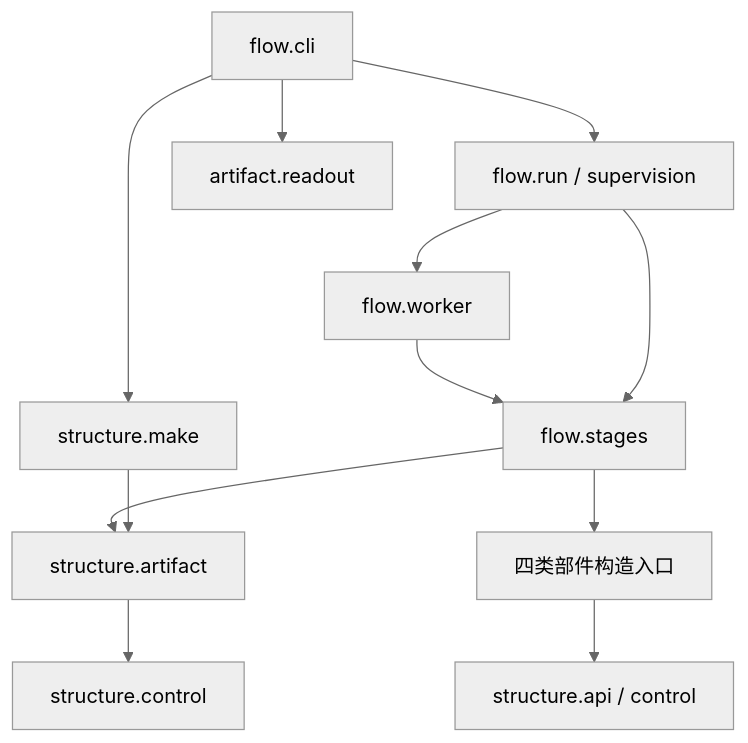
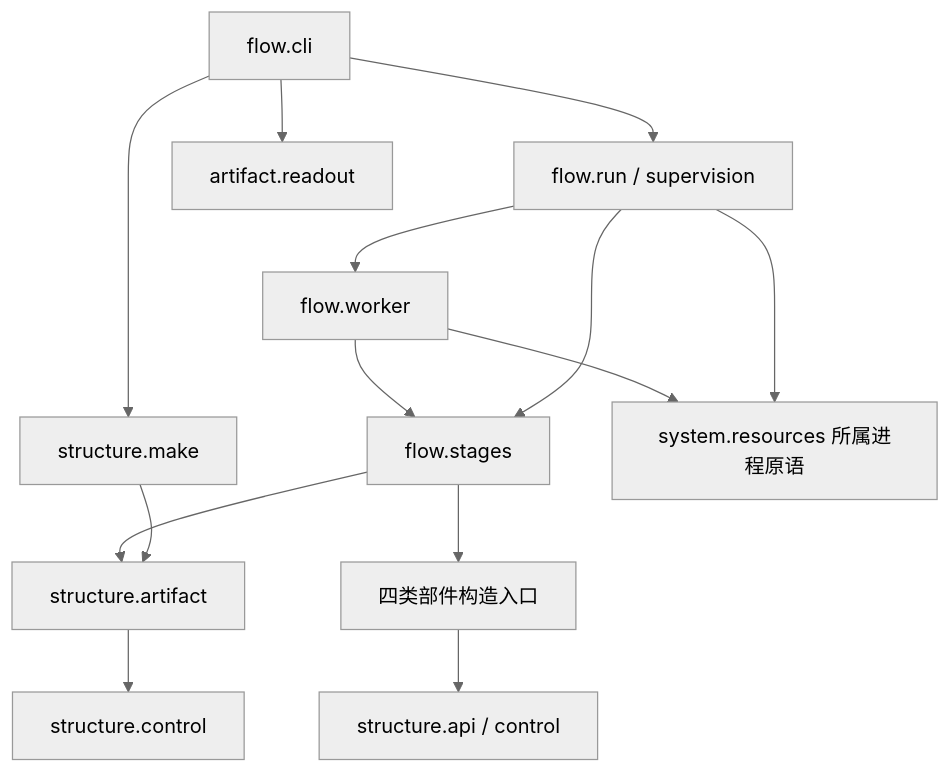
Before and after one commit to DreamSoul-AI/RPipe: the diagram in docs/代码结构设计 Code Structure Design 研究流水线.md, drawn with Mermaid (neutral theme). The commit also changed other lines of this file and 4 other files, not shown here.

````diff
--- a/docs/代码结构设计 Code Structure Design 研究流水线.md
+++ b/docs/代码结构设计 Code Structure Design 研究流水线.md
@@ -298,14 +299,16 @@
 ```mermaid
 flowchart TB
     CLI[flow.cli] --> Make[structure.make]
     CLI --> Run[flow.run / supervision]
     CLI --> Read[artifact.readout]
     Run --> Worker[flow.worker]
     Worker --> Stages[flow.stages]
+    Worker --> Owned[system.resources 所属进程原语]
+    Run --> Owned
     Run --> Stages
     Stages --> Factories[四类部件构造入口]
     Factories --> Ports[structure.api / control]
     Stages --> Artifact[structure.artifact]
     Make --> Artifact
     Artifact --> Control[structure.control]
 ```
````
